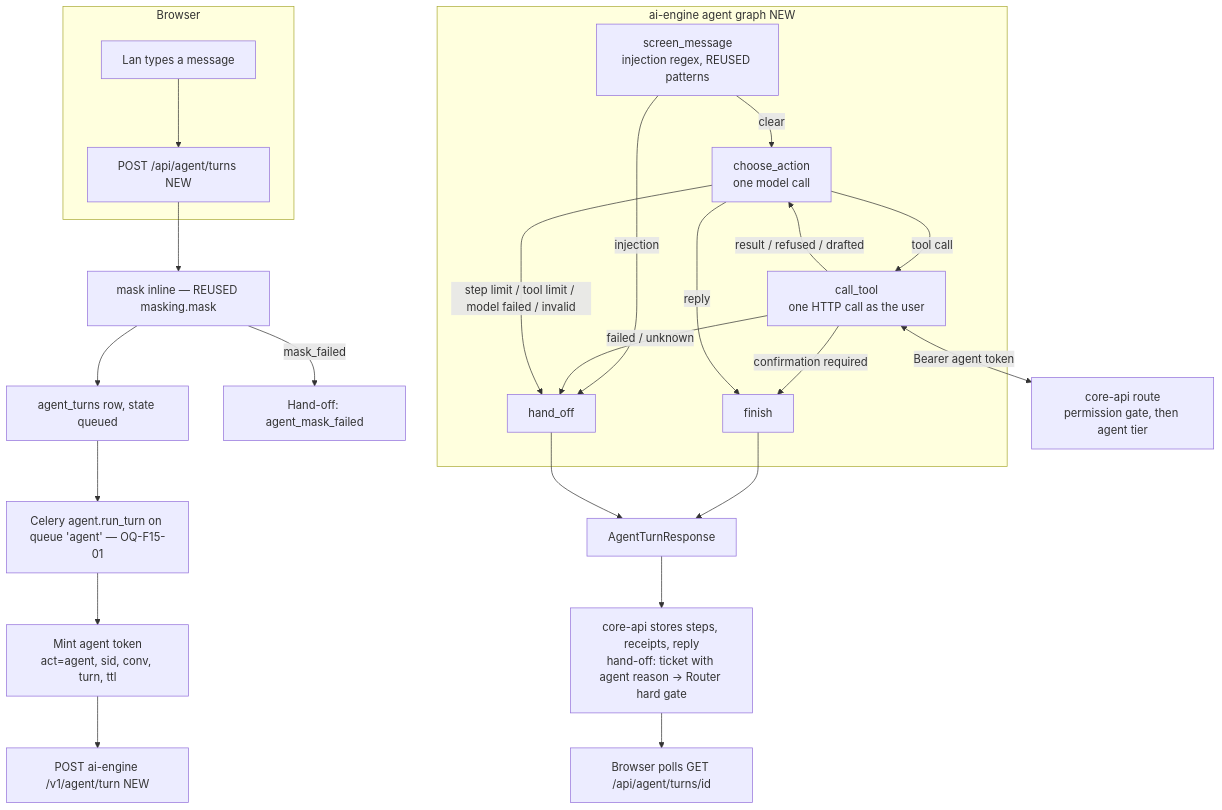
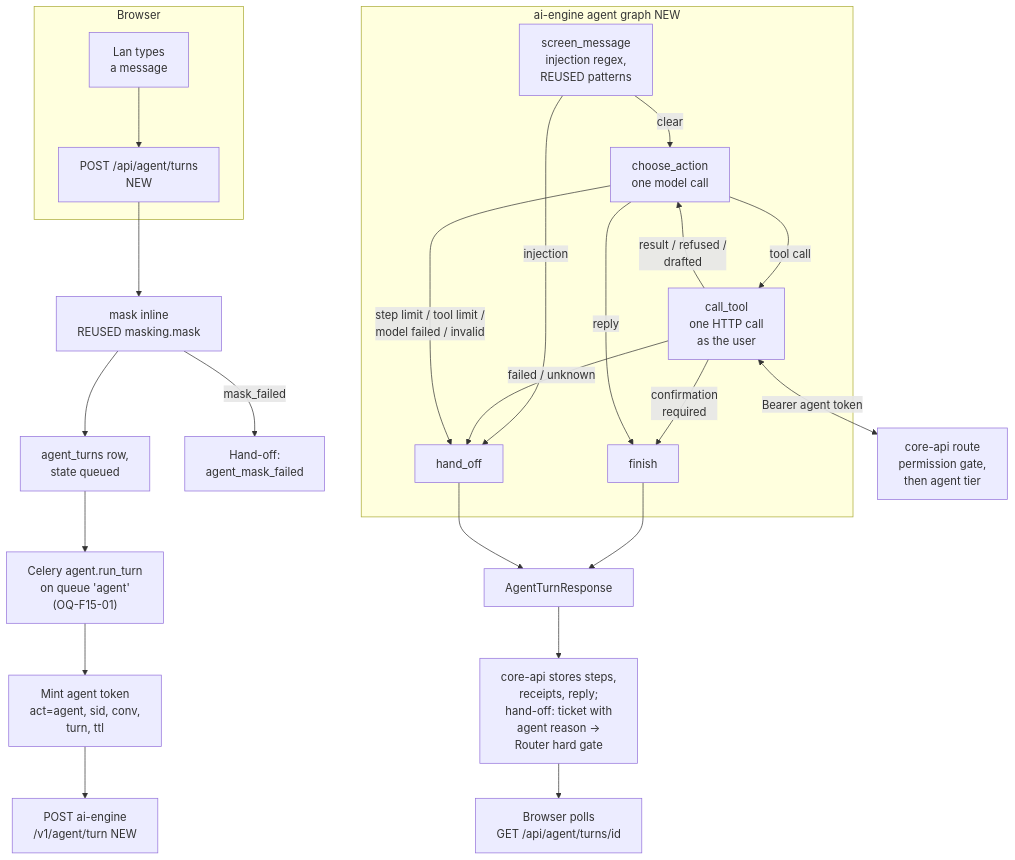
One commit to DrMartinel/smart_ticket changed the first of 3 diagrams in docs/requirements/phase-2/06-F15-agent.md. Above: the diagram before and after it, drawn with Mermaid. The commit also changed other lines of this file and 5 other files, not shown here.

````diff
--- a/docs/requirements/phase-2/06-F15-agent.md
+++ b/docs/requirements/phase-2/06-F15-agent.md
@@ -39,27 +45,27 @@
 ```mermaid
 flowchart TB
   subgraph Browser
-    U[Lan types a message] --> T[POST /api/agent/turns NEW]
+    U["Lan types<br/>a message"] --> T["POST /api/agent/turns<br/>NEW"]
   end
-  T --> M[mask inline — REUSED masking.mask]
-  M -- mask_failed --> HO1[Hand-off: agent_mask_failed]
-  M --> Q[agent_turns row, state queued]
-  Q --> C[Celery agent.run_turn on queue 'agent' — OQ-F15-01]
-  C --> TOK[Mint agent token<br/>act=agent, sid, conv, turn, ttl]
-  TOK --> AE[POST ai-engine /v1/agent/turn NEW]
+  T --> M["mask inline<br/>REUSED masking.mask"]
+  M -- mask_failed --> HO1["Hand-off:<br/>agent_mask_failed"]
+  M --> Q["agent_turns row,<br/>state queued"]
+  Q --> C["Celery agent.run_turn<br/>on queue 'agent'<br/>(OQ-F15-01)"]
+  C --> TOK["Mint agent token<br/>act=agent, sid, conv,<br/>turn, ttl"]
+  TOK --> AE["POST ai-engine<br/>/v1/agent/turn NEW"]
   subgraph ai-engine agent graph NEW
-    S[screen_message<br/>injection regex, REUSED patterns] -- clear --> CH[choose_action<br/>one model call]
-    S -- injection --> HO[hand_off]
-    CH -- tool call --> CT[call_tool<br/>one HTTP call as the user]
-    CT -- result / refused / drafted --> CH
-    CT -- confirmation required --> FIN[finish]
+    S["screen_message<br/>injection regex,<br/>REUSED patterns"] -- clear --> CH["choose_action<br/>one model call"]
+    S -- injection --> HO["hand_off"]
+    CH -- tool call --> CT["call_tool<br/>one HTTP call<br/>as the user"]
+    CT -->|"result / refused /<br/>drafted"| CH
+    CT -->|"confirmation<br/>required"| FIN["finish"]
     CT -- failed / unknown --> HO
     CH -- reply --> FIN
-    CH -- step limit / tool limit / model failed / invalid --> HO
+    CH -->|"step limit / tool limit /<br/>model failed / invalid"| HO
   end
-  CT <-->|Bearer agent token| API[core-api route<br/>permission gate, then agent tier]
-  FIN --> R[AgentTurnResponse]
+  CT <-->|Bearer agent token| API["core-api route<br/>permission gate,<br/>then agent tier"]
+  FIN --> R["AgentTurnResponse"]
   HO --> R
-  R --> ST[core-api stores steps, receipts, reply<br/>hand-off: ticket with agent reason → Router hard gate]
-  ST --> P[Browser polls GET /api/agent/turns/id]
+  R --> ST["core-api stores steps,<br/>receipts, reply;<br/>hand-off: ticket with<br/>agent reason →<br/>Router hard gate"]
+  ST --> P["Browser polls<br/>GET /api/agent/turns/id"]
 ```
````
